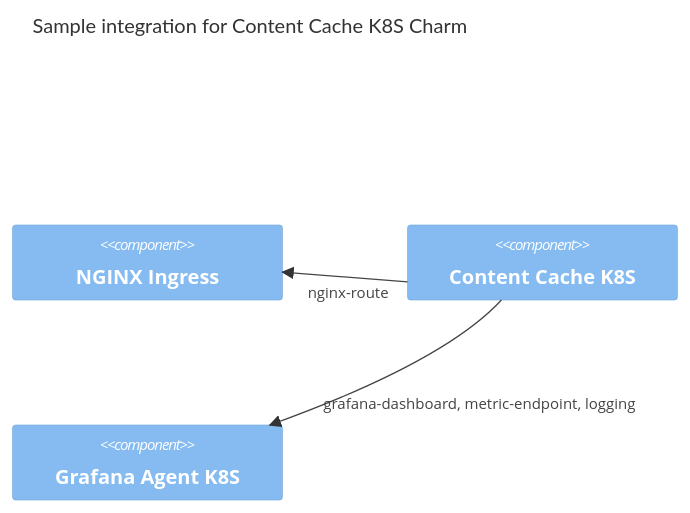
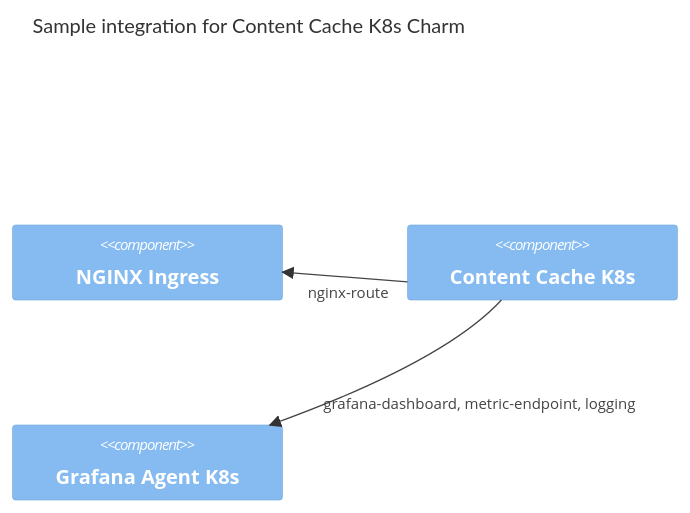
One commit to canonical/content-cache-k8s-operator changed the second of 2 diagrams in docs/explanation/charm-architecture.md. Above: the diagram before and after it, drawn with Mermaid. The commit also changed other lines of this file, not shown here.

````diff
--- a/docs/explanation/charm-architecture.md
+++ b/docs/explanation/charm-architecture.md
@@ -69,14 +69,14 @@
 ```mermaid
 C4Component
-title Sample integration for Content Cache K8S Charm
+title Sample integration for Content Cache K8s Charm
 
 Component(nginx-ingress, "NGINX Ingress", "", "")
-Component(charm, "Content Cache K8S", "", "")
-Component(grafana-agent-k8s, "Grafana Agent K8S", "", "")
+Component(charm, "Content Cache K8s", "", "")
+Component(grafana-agent-k8s, "Grafana Agent K8s", "", "")
 
 Rel(charm, nginx-ingress,"nginx-route")
 Rel(charm, grafana-agent-k8s, "grafana-dashboard, metric-endpoint, logging")
 
 UpdateRelStyle(charm, nginx-ingress, $offsetX="-30", $offsetY="10")
 UpdateRelStyle(charm, grafana-agent-k8s, $offsetX="-50", $offsetY="30")
 ```
````
